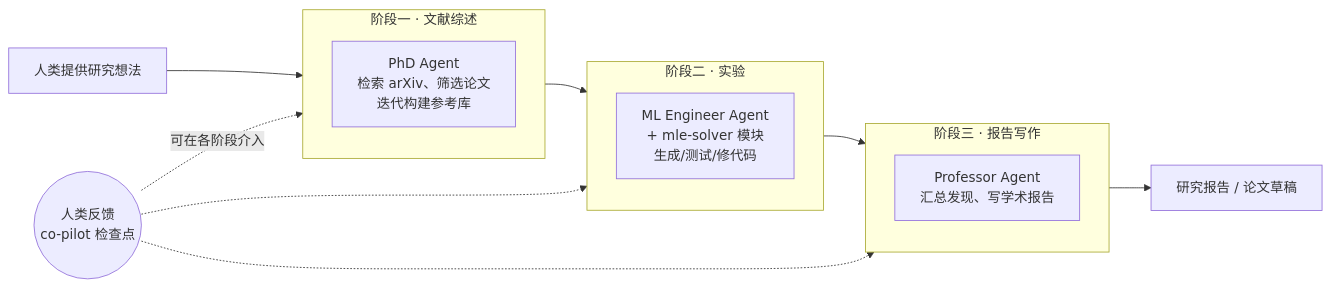
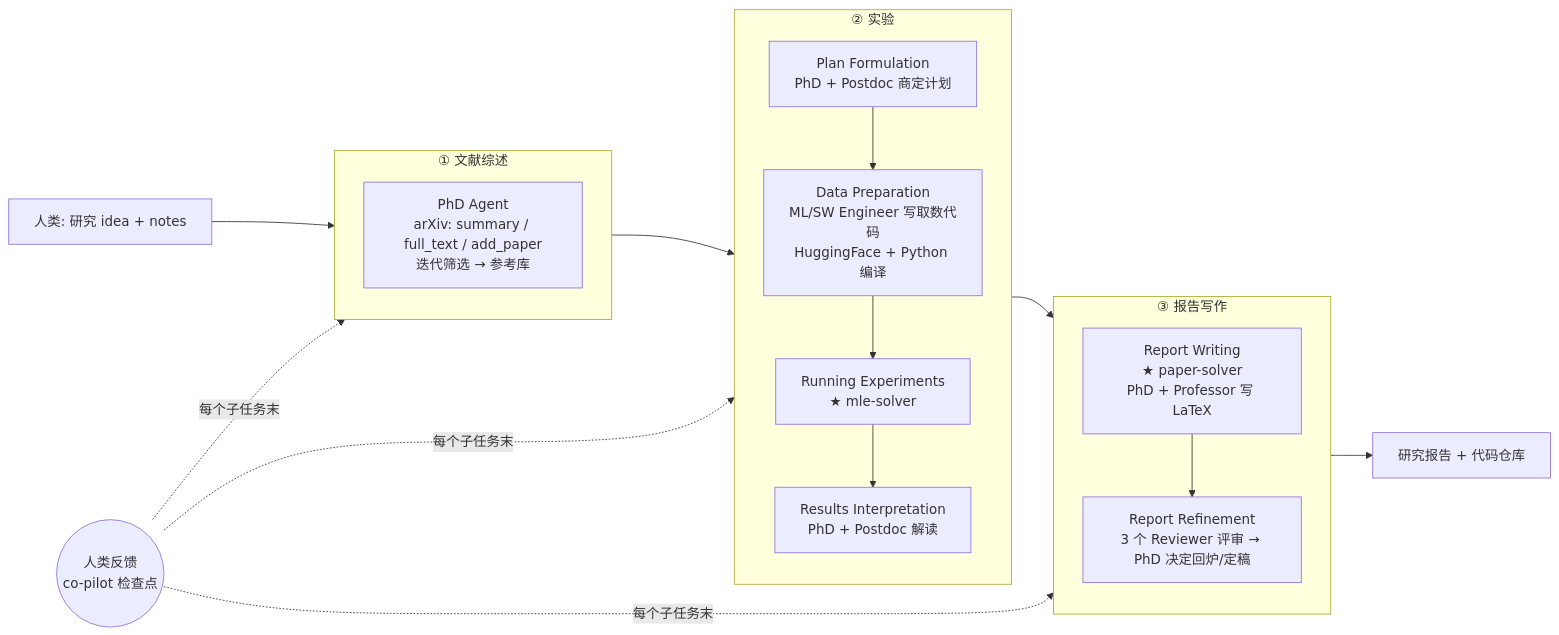
One commit to zhoujx4/llm-atlas changed the diagram in docs/harness/auto-agents/agent-laboratory.md. Above: the diagram before and after it, drawn with Mermaid. The commit also changed other lines of this file and 156 other files, not shown here.

First line of the commit message:
docs: 论文页按规范批量重排+配图，新增 Harness 工程演进四页

````diff
--- a/docs/harness/auto-agents/agent-laboratory.md
+++ b/docs/harness/auto-agents/agent-laboratory.md
@@ -18,16 +49,22 @@
 ```mermaid
 flowchart LR
-    subgraph S1[阶段一 · 文献综述]
-        PhD[PhD Agent<br/>检索 arXiv、筛选论文<br/>迭代构建参考库]
+    Idea[人类: 研究 idea + notes] --> S1
+    subgraph S1[① 文献综述]
+        PhD1["PhD Agent<br/>arXiv: summary / full_text / add_paper<br/>迭代筛选 → 参考库"]
     end
-    subgraph S2[阶段二 · 实验]
-        MLE[ML Engineer Agent<br/>+ mle-solver 模块<br/>生成/测试/修代码]
+    subgraph S2[② 实验]
+        direction TB
+        Plan["Plan Formulation<br/>PhD + Postdoc 商定计划"]
+        Data["Data Preparation<br/>ML/SW Engineer 写取数代码<br/>HuggingFace + Python 编译"]
+        Run["Running Experiments<br/>★ mle-solver"]
+        Interp["Results Interpretation<br/>PhD + Postdoc 解读"]
+        Plan --> Data --> Run --> Interp
     end
-    subgraph S3[阶段三 · 报告写作]
-        Prof[Professor Agent<br/>汇总发现、写学术报告]
+    subgraph S3[③ 报告写作]
+        Paper["Report Writing<br/>★ paper-solver<br/>PhD + Professor 写 LaTeX"]
+        Refine["Report Refinement<br/>3 个 Reviewer 评审 → PhD 决定回炉/定稿"]
+        Paper --> Refine
     end
-    Idea[人类提供研究想法] --> S1 --> S2 --> S3 --> Out[研究报告 / 论文草稿]
-    Human((人类反馈<br/>co-pilot 检查点)) -.可在各阶段介入.-> S1
-    Human -.-> S2
-    Human -.-> S3
+    S1 --> S2 --> S3 --> Out[研究报告 + 代码仓库]
+    Human((人类反馈<br/>co-pilot 检查点)) -.每个子任务末.-> S1 & S2 & S3
 ```
````
